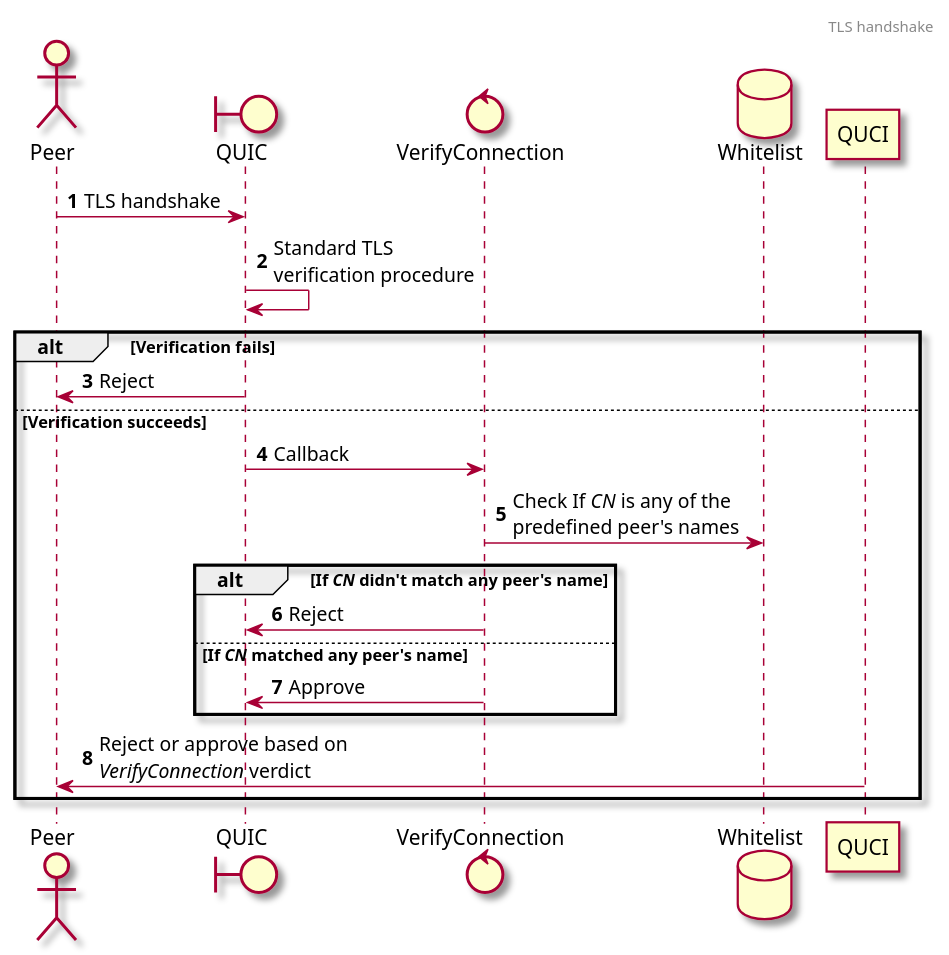
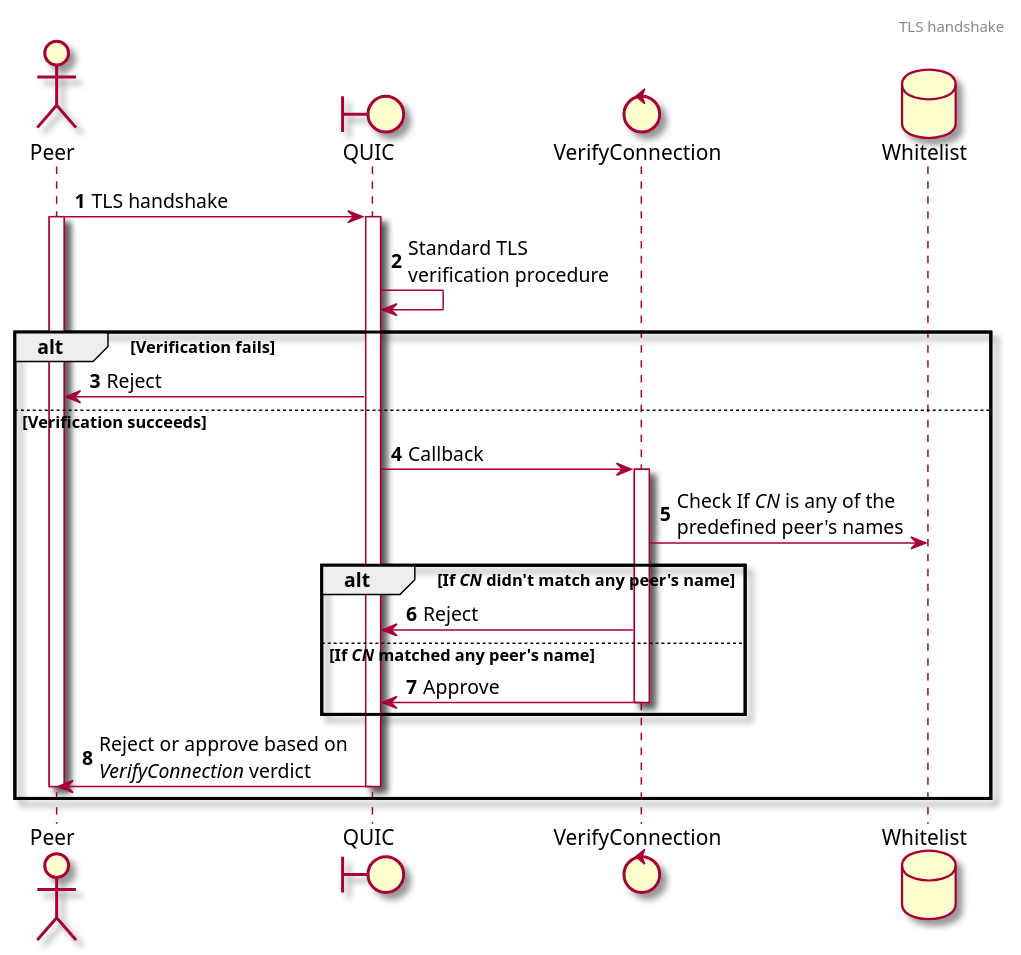
One commit to Zamerykanizowana/replicated-file-system changed the diagram in docs/tls_cert_verification.puml. Above: the diagram before and after it, drawn with PlantUML. The commit also changed 1 other file, not shown here.

Commit message:
fix(docs): correct tls_cert_verification diagram

```diff
--- a/docs/tls_cert_verification.puml
+++ b/docs/tls_cert_verification.puml
@@ -1,30 +1,32 @@
 @startuml
 'https://plantuml.com/sequence-diagram
 
 skin rose
 
 header TLS handshake
 
 actor Peer
 boundary QUIC
 control VerifyConnection
 database Whitelist
 
 autonumber
 
-Peer -> QUIC : TLS handshake
+Peer -> QUIC ++ : TLS handshake
+activate Peer
 QUIC -> QUIC : Standard TLS\nverification procedure
 alt Verification fails
   QUIC -> Peer : Reject
 else Verification succeeds
-  QUIC -> VerifyConnection : Callback
+  QUIC -> VerifyConnection ++ : Callback
   VerifyConnection -> Whitelist : Check If //CN// is any of the\npredefined peer's names
   alt If //CN// didn't match any peer's name
     VerifyConnection -> QUIC : Reject
   else If //CN// matched any peer's name
-    VerifyConnection -> QUIC : Approve
+    VerifyConnection -> QUIC -- : Approve
   end
-  QUCI -> Peer : Reject or approve based on\n//VerifyConnection// verdict
+  QUIC -> Peer -- : Reject or approve based on\n//VerifyConnection// verdict
+  deactivate Peer
 end
 
 @enduml
```
